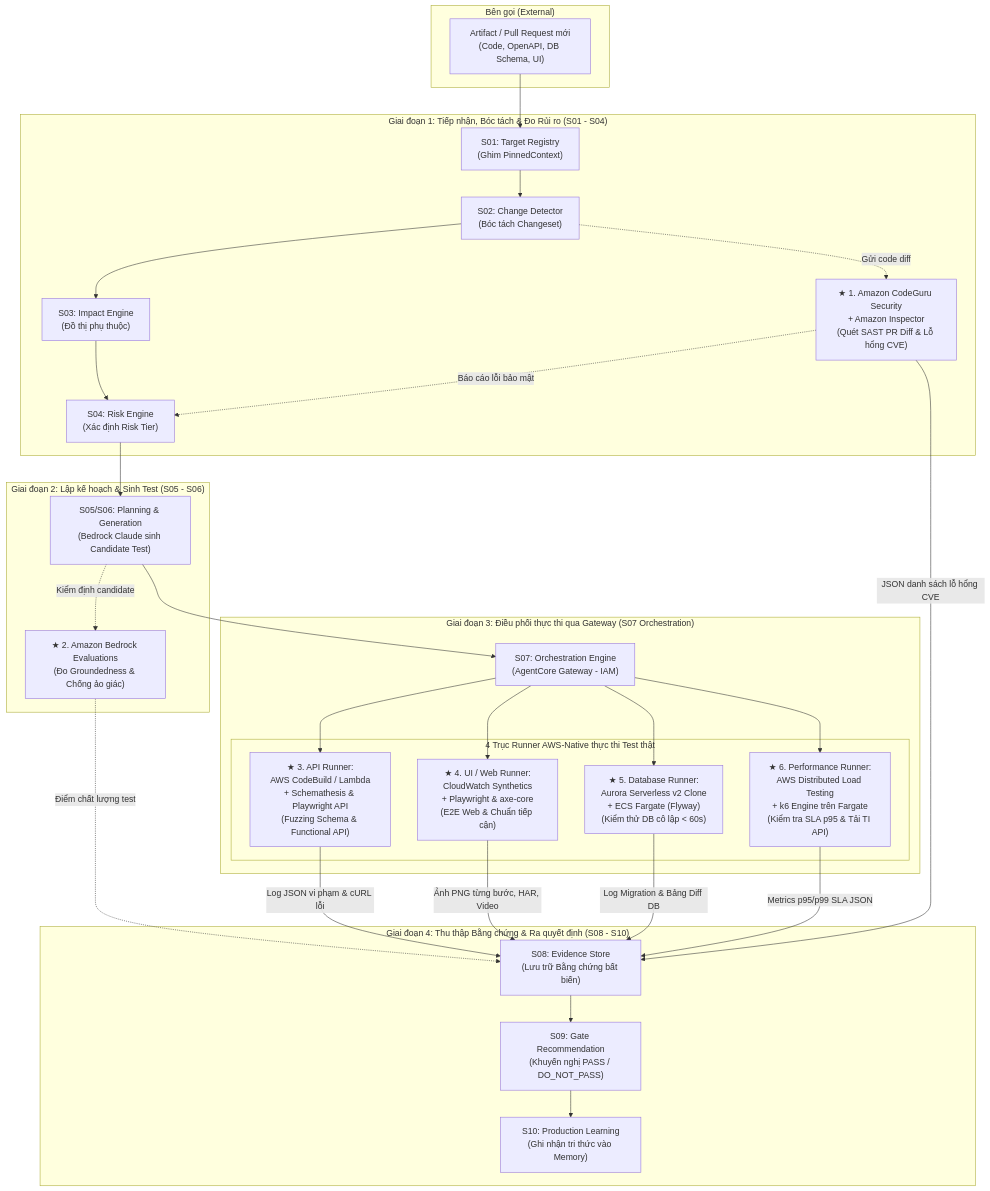
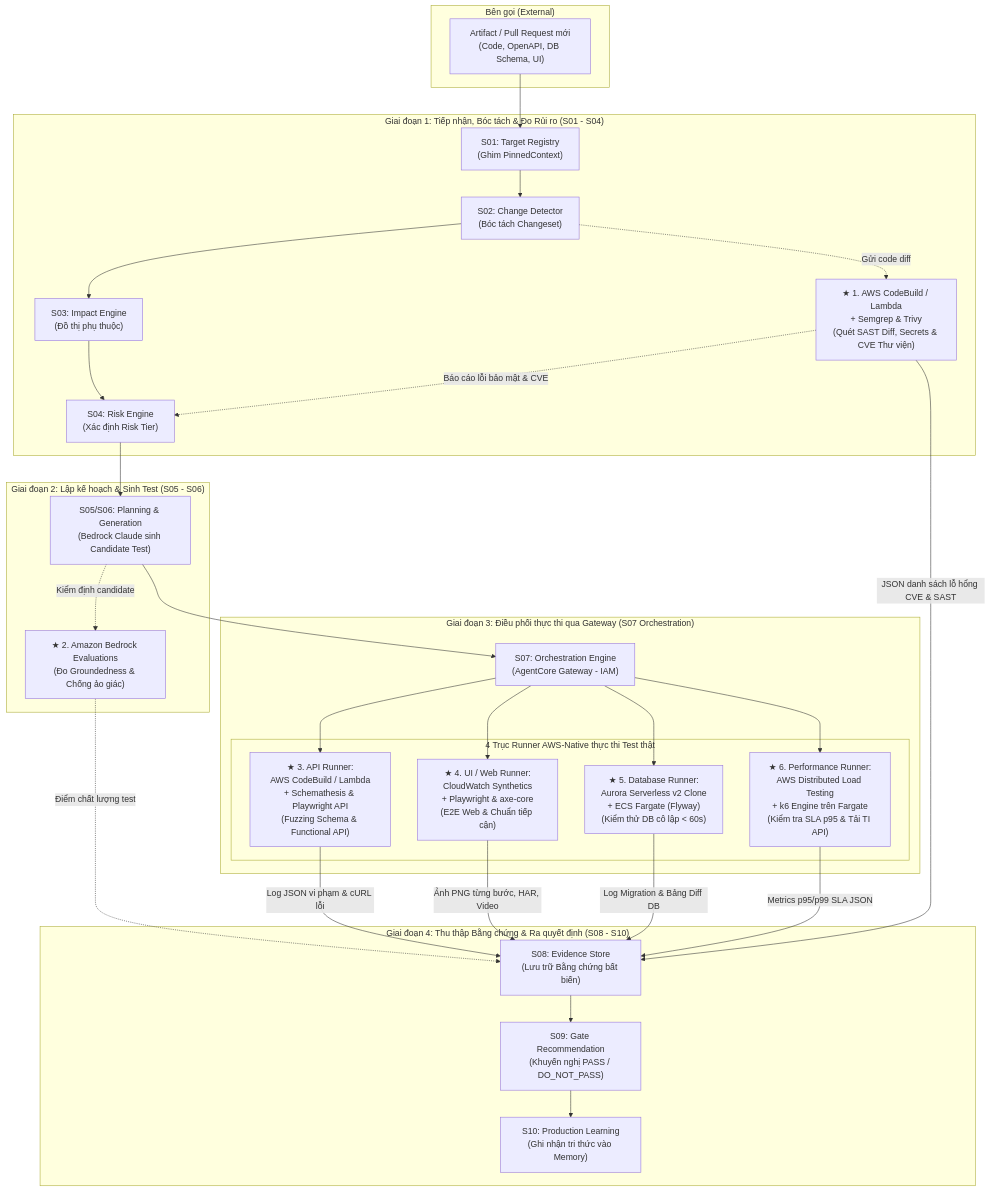
One commit to BuiThanhNghiaDTU19122004/TestIntelligent_doc changed the diagram in Research/Task_1_Research_Tool_and_Framework_for_Testing.md. Above: the diagram before and after it, drawn with Mermaid. The commit also changed other lines of this file, not shown here.

Commit message:
update tool for testing

````diff
--- a/Research/Task_1_Research_Tool_and_Framework_for_Testing.md
+++ b/Research/Task_1_Research_Tool_and_Framework_for_Testing.md
@@ -223,61 +223,61 @@
 ```mermaid
 flowchart TD
     subgraph CI_Stage["Bên gọi (External)"]
         PR["Artifact / Pull Request mới\n(Code, OpenAPI, DB Schema, UI)"]
     end
 
     subgraph Phase1["Giai đoạn 1: Tiếp nhận, Bóc tách & Đo Rủi ro (S01 - S04)"]
         S01["S01: Target Registry\n(Ghim PinnedContext)"]
         S02["S02: Change Detector\n(Bóc tách Changeset)"]
         S03["S03: Impact Engine\n(Đồ thị phụ thuộc)"]
         S04["S04: Risk Engine\n(Xác định Risk Tier)"]
         
-        Tool_Sec["★ 1. Amazon CodeGuru Security\n+ Amazon Inspector\n(Quét SAST PR Diff & Lỗ hổng CVE)"]
+        Tool_Sec["★ 1. AWS CodeBuild / Lambda\n+ Semgrep & Trivy\n(Quét SAST Diff, Secrets & CVE Thư viện)"]
     end
 
     subgraph Phase2["Giai đoạn 2: Lập kế hoạch & Sinh Test (S05 - S06)"]
         S05_06["S05/S06: Planning & Generation\n(Bedrock Claude sinh Candidate Test)"]
         Tool_AI["★ 2. Amazon Bedrock Evaluations\n(Đo Groundedness & Chống ảo giác)"]
     end
 
     subgraph Phase3["Giai đoạn 3: Điều phối thực thi qua Gateway (S07 Orchestration)"]
         S07["S07: Orchestration Engine\n(AgentCore Gateway - IAM)"]
 
         subgraph Selected_Runners["4 Trục Runner AWS-Native thực thi Test thật"]
             R_API["★ 3. API Runner:\nAWS CodeBuild / Lambda\n+ Schemathesis & Playwright API\n(Fuzzing Schema & Functional API)"]
             R_UI["★ 4. UI / Web Runner:\nCloudWatch Synthetics\n+ Playwright & axe-core\n(E2E Web & Chuẩn tiếp cận)"]
             R_DB["★ 5. Database Runner:\nAurora Serverless v2 Clone\n+ ECS Fargate (Flyway)\n(Kiểm thử DB cô lập < 60s)"]
             R_Perf["★ 6. Performance Runner:\nAWS Distributed Load Testing\n+ k6 Engine trên Fargate\n(Kiểm tra SLA p95 & Tải TI API)"]
         end
     end
 
     subgraph Phase4["Giai đoạn 4: Thu thập Bằng chứng & Ra quyết định (S08 - S10)"]
         S08["S08: Evidence Store\n(Lưu trữ Bằng chứng bất biến)"]
         S09["S09: Gate Recommendation\n(Khuyến nghị PASS / DO_NOT_PASS)"]
         S10["S10: Production Learning\n(Ghi nhận tri thức vào Memory)"]
     end
 
     %% Luồng kết nối dữ liệu
     PR --> S01 --> S02 --> S03 --> S04
     S02 -.->|Gửi code diff| Tool_Sec
-    Tool_Sec -.->|Báo cáo lỗi bảo mật| S04
+    Tool_Sec -.->|Báo cáo lỗi bảo mật & CVE| S04
 
     S04 --> S05_06
     S05_06 -.->|Kiểm định candidate| Tool_AI
     Tool_AI -.->|Điểm chất lượng test| S08
 
     S05_06 --> S07
     S07 --> R_API
     S07 --> R_UI
     S07 --> R_DB
     S07 --> R_Perf
 
     %% Đẩy bằng chứng về S08
     R_API -->|Log JSON vi phạm & cURL lỗi| S08
     R_UI -->|Ảnh PNG từng bước, HAR, Video| S08
     R_DB -->|Log Migration & Bảng Diff DB| S08
     R_Perf -->|Metrics p95/p99 SLA JSON| S08
-    Tool_Sec -->|JSON danh sách lỗ hổng CVE| S08
+    Tool_Sec -->|JSON danh sách lỗ hổng CVE & SAST| S08
 
     S08 --> S09 --> S10
 ```
````
